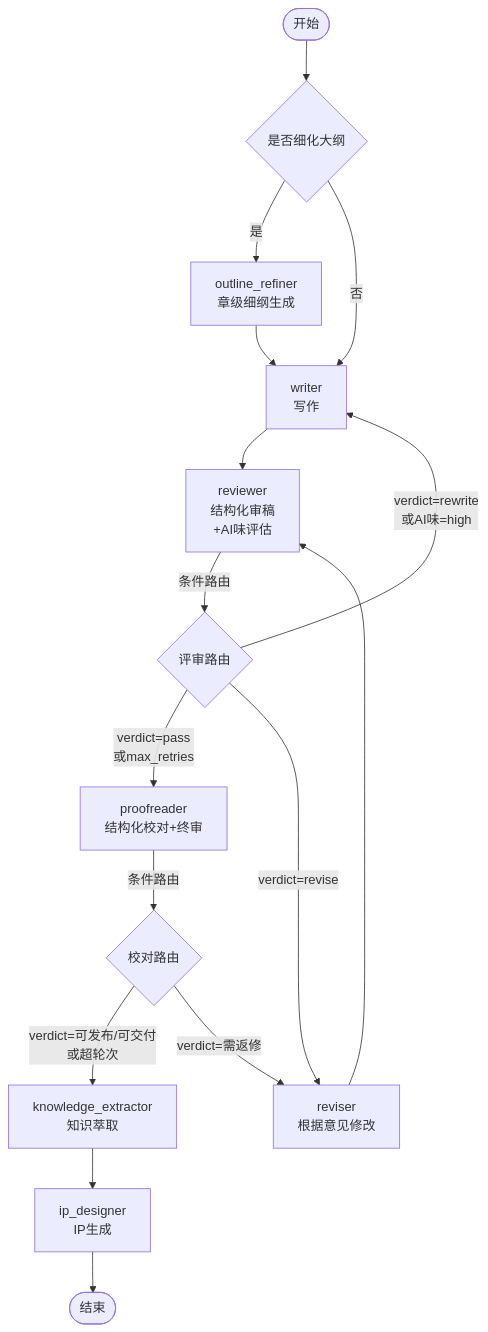
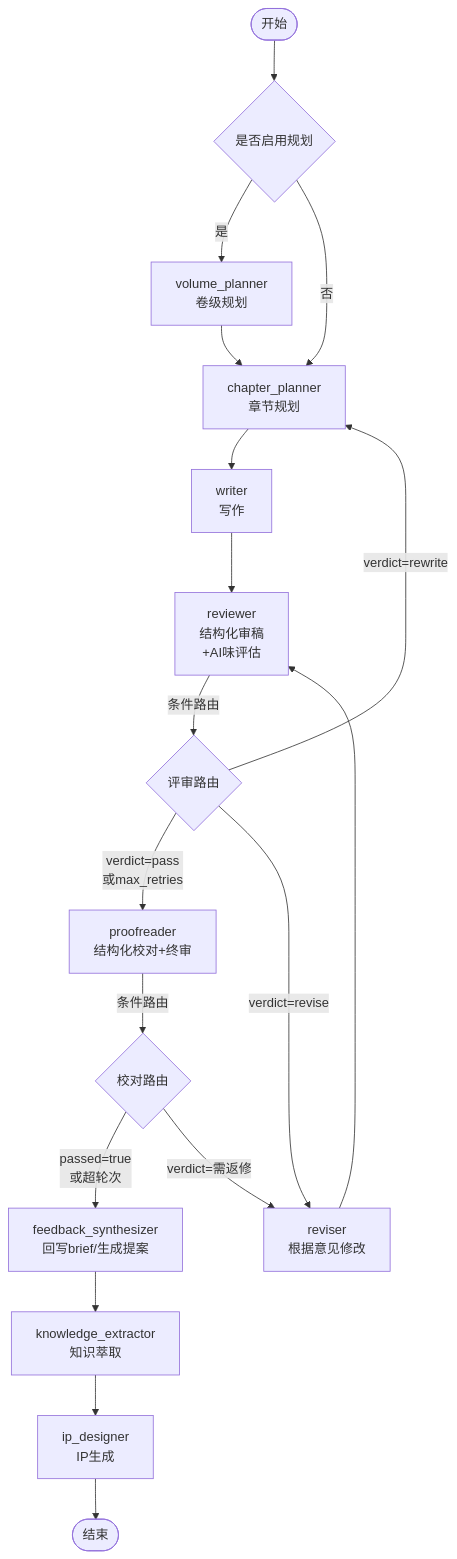
One commit to chenboripple/StoryForge changed the diagram in docs/pipeline.md. Above: the diagram before and after it, drawn with Mermaid. The commit also changed other lines of this file and 7 other files, not shown here.

````diff
--- a/docs/pipeline.md
+++ b/docs/pipeline.md
@@ -7,18 +7,20 @@
 ```mermaid
 graph TD
-    START([开始]) --> OR{是否细化大纲}
-    OR -->|是| outline_refiner[outline_refiner<br/>章级细纲生成]
-    OR -->|否| writer
-    outline_refiner --> writer[writer<br/>写作]
+    START([开始]) --> OR{是否启用规划}
+    OR -->|是| volume_planner[volume_planner<br/>卷级规划]
+    OR -->|否| chapter_planner
+    volume_planner --> chapter_planner[chapter_planner<br/>章节规划]
+    chapter_planner --> writer[writer<br/>写作]
     writer --> reviewer[reviewer<br/>结构化审稿<br/>+AI味评估]
     reviewer -->|条件路由| RR{评审路由}
     RR -->|verdict=pass<br/>或max_retries| proofreader[proofreader<br/>结构化校对+终审]
     RR -->|verdict=revise| reviser[reviser<br/>根据意见修改]
-    RR -->|verdict=rewrite<br/>或AI味=high| writer
+    RR -->|verdict=rewrite| chapter_planner
     reviser --> reviewer
     proofreader -->|条件路由| PR{校对路由}
-    PR -->|verdict=可发布/可交付<br/>或超轮次| knowledge_extractor[knowledge_extractor<br/>知识萃取]
+    PR -->|passed=true<br/>或超轮次| feedback_synthesizer[feedback_synthesizer<br/>回写brief/生成提案]
     PR -->|verdict=需返修| reviser
+    feedback_synthesizer --> knowledge_extractor[knowledge_extractor<br/>知识萃取]
     knowledge_extractor --> ip_designer[ip_designer<br/>IP生成]
     ip_designer --> END([结束])
 ```
````
